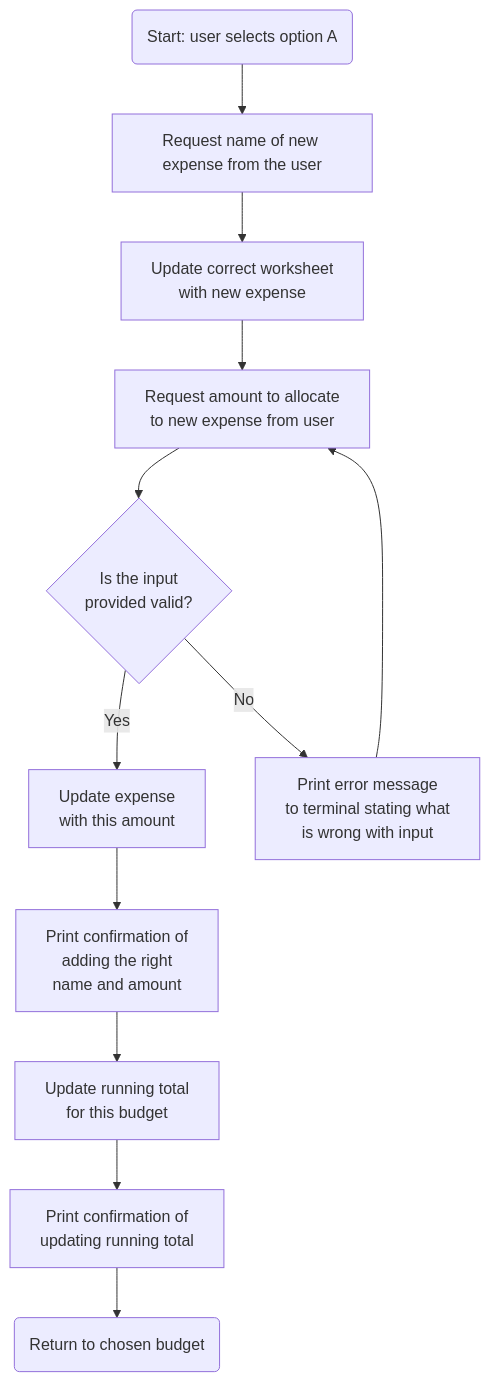
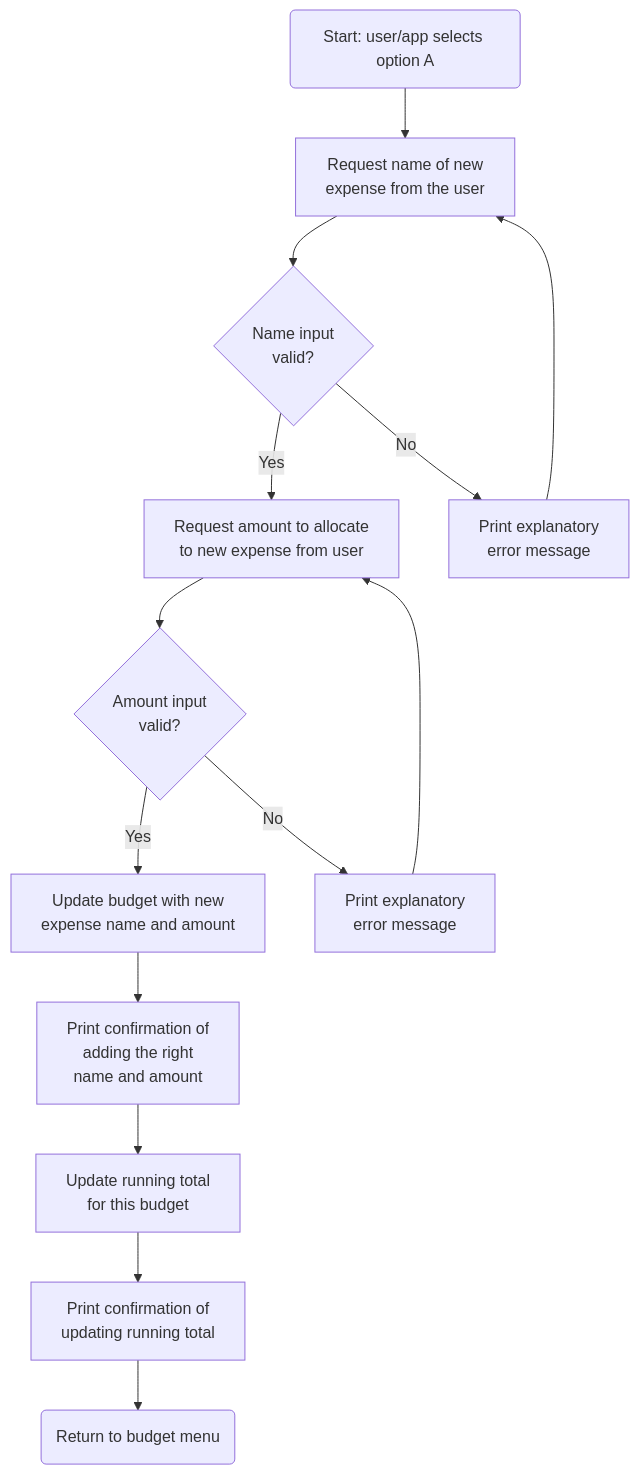
The fifth of 8 diagrams in README.md (EvitaKnits/Cashflow-Companion), drawn with Mermaid before and after one commit. The commit also changed other lines of this file and 1 other file, not shown here.

````diff
--- a/README.md
+++ b/README.md
@@ -214,14 +272,16 @@
 ```mermaid
 flowchart TD
-    A(Start: user selects option A) --> B[Request name of new expense from the user]
-    B --> C[Update correct worksheet \n with new expense]
-    C -->F[Request amount to allocate \n to new expense from user]
-    F --> G{Is the input \n provided valid?}
-    G -->|Yes| I[Update expense \n with this amount]
-    G -->|No| H[Print error message \n to terminal stating what \n is wrong with input]
-    H -->F
-    I --> J[Print confirmation of \n adding the right \n name and amount]
-    J --> K[Update running total \n for this budget]
-    K --> L[Print confirmation of \n updating running total]
-    L --> M(Return to chosen budget)
+    A(Start: user/app selects option A) --> B[Request name of new\n expense from the user]
+    B-->C{Name input\n valid?}
+    C-->|Yes|D[Request amount to allocate \n to new expense from user]
+    C-->|No|E[Print explanatory\n error message]
+    E-->B
+    D-->F{Amount input\n valid?}
+    F-->|Yes|G[Update budget with new\n expense name and amount]
+    F-->|No|H[Print explanatory\n error message]
+    H-->D
+    G-->I[Print confirmation of \n adding the right \n name and amount]
+    I-->J[Update running total \n for this budget]
+    J-->K[Print confirmation of \n updating running total]
+    K-->L(Return to budget menu)
 ```
````
